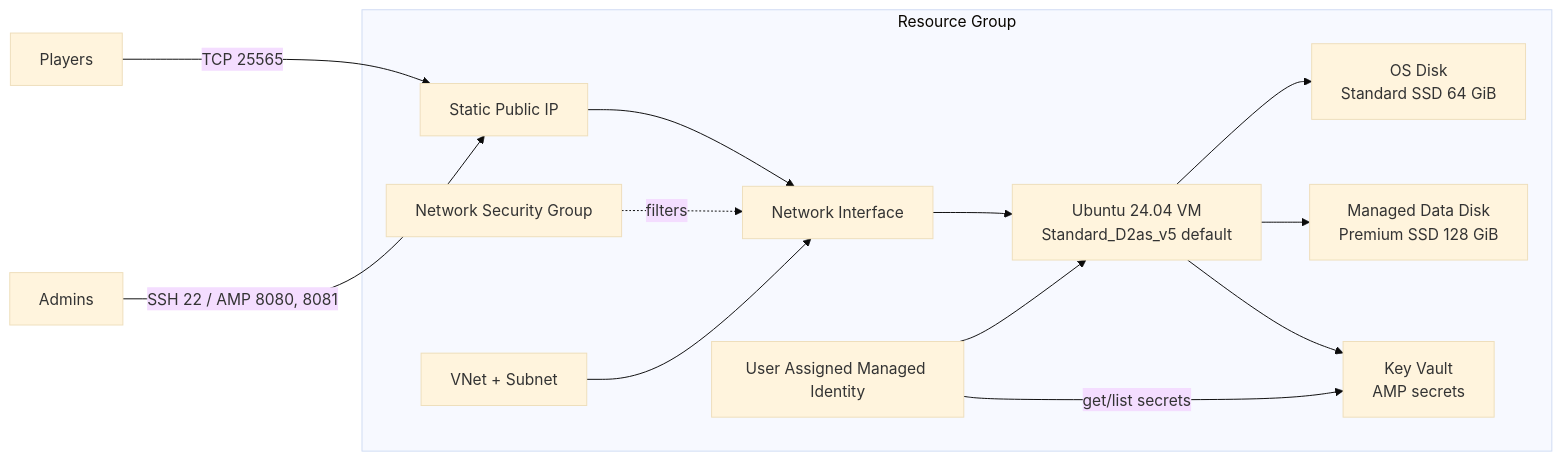
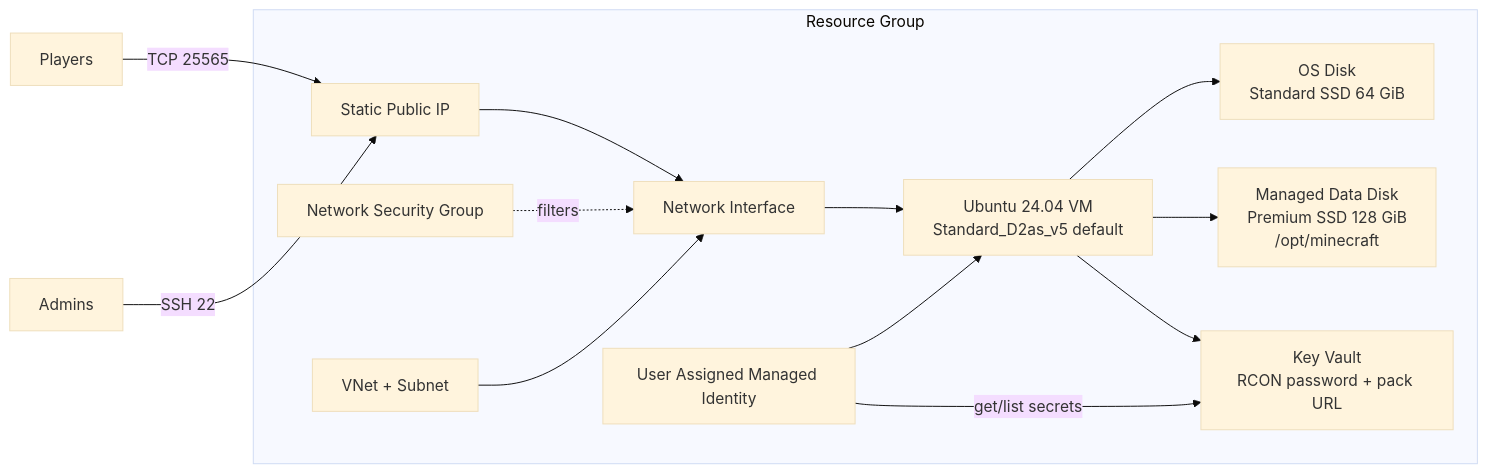
Before and after one commit to slayqueearikma-beep/test: the diagram in terraform/README.md, drawn with Mermaid (base theme). The commit also changed other lines of this file and 11 other files, not shown here.

Commit message:
Remove AMP and run Minecraft with systemd

````diff
--- a/terraform/README.md
+++ b/terraform/README.md
@@ -9,27 +7,27 @@
 ```mermaid
 flowchart LR
   players[Players] -->|TCP 25565| pip[Static Public IP]
-  admins[Admins] -->|SSH 22 / AMP 8080, 8081| pip
+  admins[Admins] -->|SSH 22| pip
   pip --> nic[Network Interface]
   nic --> vm[Ubuntu 24.04 VM<br/>Standard_D2as_v5 default]
   vm --> osdisk[OS Disk<br/>Standard SSD 64 GiB]
-  vm --> datadisk[Managed Data Disk<br/>Premium SSD 128 GiB]
-  vm --> kv[Key Vault<br/>AMP secrets]
+  vm --> datadisk[Managed Data Disk<br/>Premium SSD 128 GiB<br/>/opt/minecraft]
+  vm --> kv[Key Vault<br/>RCON password + pack URL]
   uami[User Assigned Managed Identity] --> vm
   uami -->|get/list secrets| kv
 
   subgraph rg[Resource Group]
     vnet[VNet + Subnet]
     nsg[Network Security Group]
     pip
     nic
     vm
     osdisk
     datadisk
     kv
     uami
   end
 
   nsg -.filters.-> nic
   vnet --> nic
 ```
````
